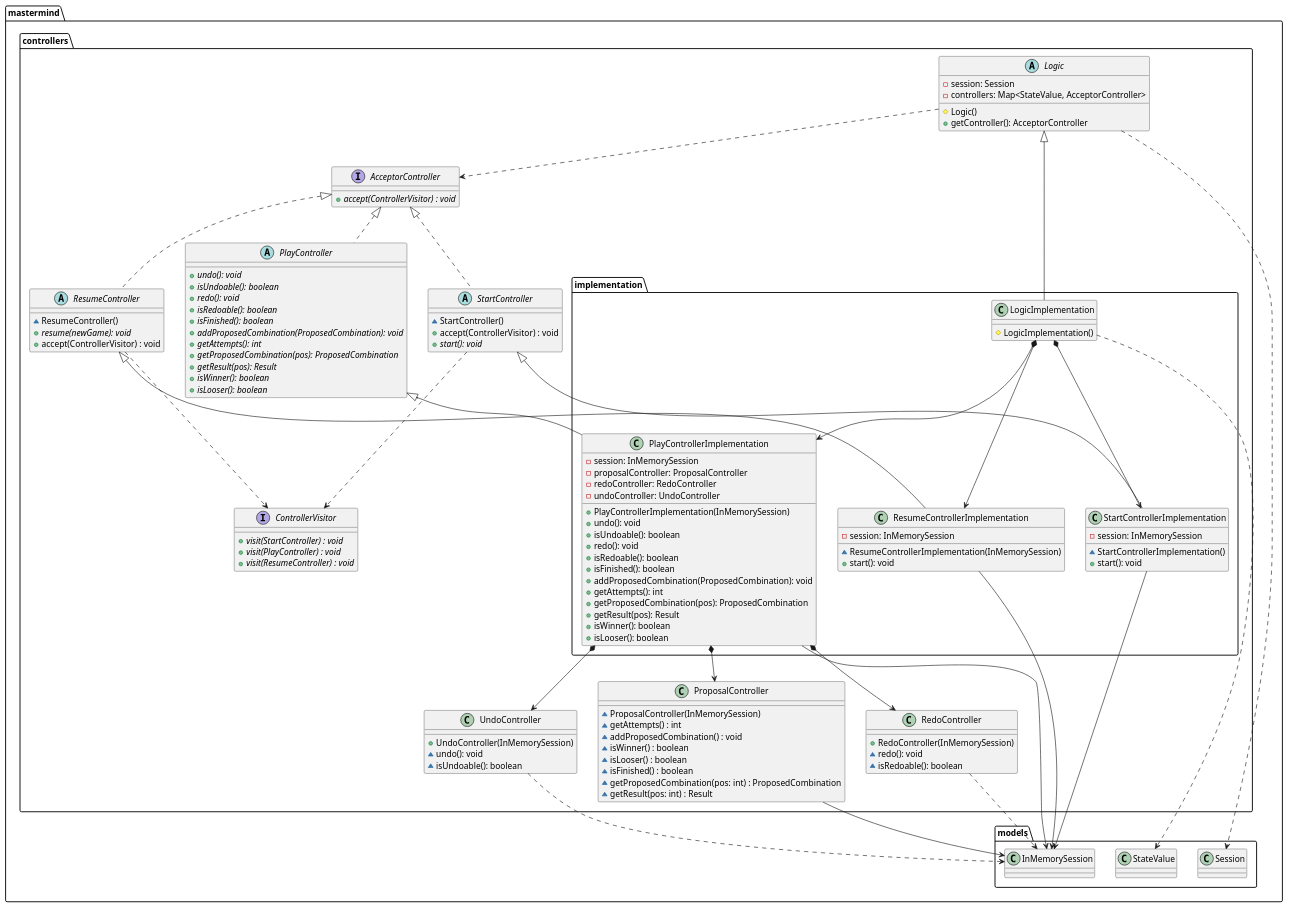
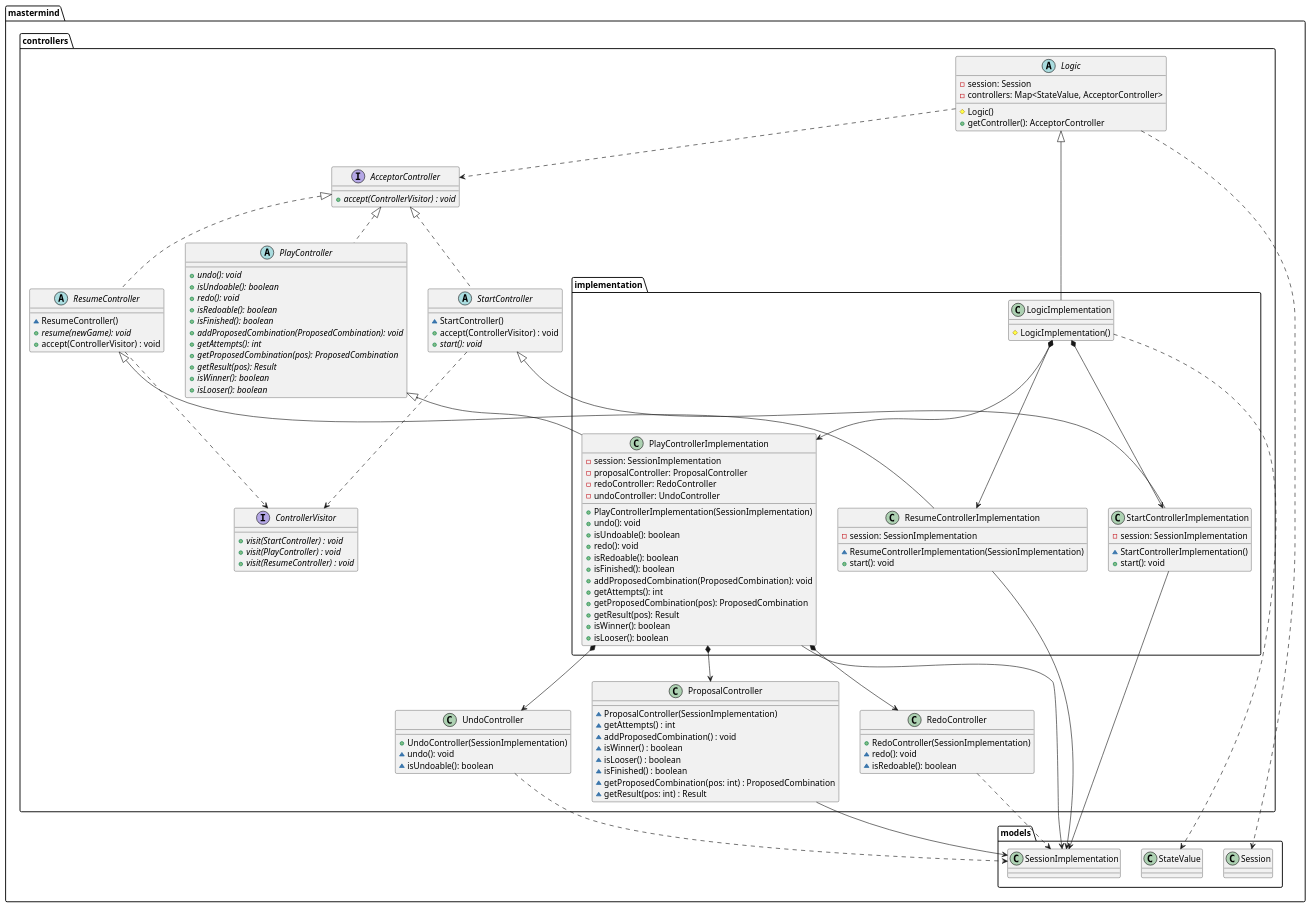
The diagram in docs/mastermind.controllers.puml (juanaviladev/dcs-mastermind), drawn with PlantUML before and after one commit. The commit also changed 12 other files, not shown here.

Commit message:
Update diagrams

```diff
--- a/docs/mastermind.controllers.puml
+++ b/docs/mastermind.controllers.puml
@@ -1,129 +1,129 @@
 @startuml
 
 top to bottom direction
 
 interface mastermind.controllers.AcceptorController {
     + {abstract} accept(ControllerVisitor) : void
 }
 interface mastermind.controllers.ControllerVisitor {
      + {abstract} visit(StartController) : void
      + {abstract} visit(PlayController) : void
      + {abstract} visit(ResumeController) : void
 }
 
 class mastermind.controllers.RedoController {
-    + RedoController(InMemorySession)
+    + RedoController(SessionImplementation)
     ~ redo(): void
     ~ isRedoable(): boolean
 }
-mastermind.controllers.RedoController ..> mastermind.models.InMemorySession
+mastermind.controllers.RedoController ..> mastermind.models.SessionImplementation
 
 class mastermind.controllers.UndoController {
-    + UndoController(InMemorySession)
+    + UndoController(SessionImplementation)
     ~ undo(): void
     ~ isUndoable(): boolean
 }
-mastermind.controllers.UndoController ..> mastermind.models.InMemorySession
+mastermind.controllers.UndoController ..> mastermind.models.SessionImplementation
 
 class mastermind.controllers.ProposalController {
-    ~ ProposalController(InMemorySession)
+    ~ ProposalController(SessionImplementation)
     ~ getAttempts() : int
     ~ addProposedCombination() : void
     ~ isWinner() : boolean
     ~ isLooser() : boolean
     ~ isFinished() : boolean
     ~ getProposedCombination(pos: int) : ProposedCombination
     ~ getResult(pos: int) : Result
 }
-mastermind.controllers.ProposalController --> mastermind.models.InMemorySession
+mastermind.controllers.ProposalController --> mastermind.models.SessionImplementation
 
 abstract class mastermind.controllers.PlayController {
     + {abstract} undo(): void
     + {abstract} isUndoable(): boolean
     + {abstract} redo(): void
     + {abstract} isRedoable(): boolean
     + {abstract} isFinished(): boolean
     + {abstract} addProposedCombination(ProposedCombination): void
     + {abstract} getAttempts(): int
     + {abstract} getProposedCombination(pos): ProposedCombination
     + {abstract} getResult(pos): Result
     + {abstract} isWinner(): boolean
     + {abstract} isLooser(): boolean
 }
 mastermind.controllers.AcceptorController <|.. mastermind.controllers.PlayController
 
 class mastermind.controllers.implementation.PlayControllerImplementation {
-    - session: InMemorySession
+    - session: SessionImplementation
     - proposalController: ProposalController
     - redoController: RedoController
     - undoController: UndoController
-    + PlayControllerImplementation(InMemorySession)
+    + PlayControllerImplementation(SessionImplementation)
     + undo(): void
     + isUndoable(): boolean
     + redo(): void
     + isRedoable(): boolean
     + isFinished(): boolean
     + addProposedCombination(ProposedCombination): void
     + getAttempts(): int
     + getProposedCombination(pos): ProposedCombination
     + getResult(pos): Result
     + isWinner(): boolean
     + isLooser(): boolean
 }
 mastermind.controllers.PlayController <|-- mastermind.controllers.implementation.PlayControllerImplementation
-mastermind.controllers.implementation.PlayControllerImplementation --> mastermind.models.InMemorySession
+mastermind.controllers.implementation.PlayControllerImplementation --> mastermind.models.SessionImplementation
 mastermind.controllers.implementation.PlayControllerImplementation *--> mastermind.controllers.ProposalController
 mastermind.controllers.implementation.PlayControllerImplementation *--> mastermind.controllers.UndoController
 mastermind.controllers.implementation.PlayControllerImplementation *--> mastermind.controllers.RedoController
 
 abstract class mastermind.controllers.ResumeController {
    ~ ResumeController()
    + {abstract} resume(newGame): void
    + accept(ControllerVisitor) : void
 }
 mastermind.controllers.AcceptorController <|.. mastermind.controllers.ResumeController
 mastermind.controllers.ResumeController ..> mastermind.controllers.ControllerVisitor
 
 class mastermind.controllers.implementation.ResumeControllerImplementation {
-    - session: InMemorySession
-    ~ ResumeControllerImplementation(InMemorySession)
+    - session: SessionImplementation
+    ~ ResumeControllerImplementation(SessionImplementation)
     + start(): void
  }
 mastermind.controllers.ResumeController <|-- mastermind.controllers.implementation.ResumeControllerImplementation
-mastermind.controllers.implementation.ResumeControllerImplementation ---> mastermind.models.InMemorySession
+mastermind.controllers.implementation.ResumeControllerImplementation ---> mastermind.models.SessionImplementation
 
 abstract class mastermind.controllers.StartController {
    ~ StartController()
    + accept(ControllerVisitor) : void
    + {abstract} start(): void
 }
 mastermind.controllers.AcceptorController <|.. mastermind.controllers.StartController
 mastermind.controllers.StartController ..> mastermind.controllers.ControllerVisitor
 
 class mastermind.controllers.implementation.StartControllerImplementation {
-    - session: InMemorySession
+    - session: SessionImplementation
    ~ StartControllerImplementation()
    + start(): void
 }
 mastermind.controllers.StartController <|-- mastermind.controllers.implementation.StartControllerImplementation
-mastermind.controllers.implementation.StartControllerImplementation --> mastermind.models.InMemorySession
+mastermind.controllers.implementation.StartControllerImplementation --> mastermind.models.SessionImplementation
 
 abstract class mastermind.controllers.Logic {
     - session: Session
     - controllers: Map<StateValue, AcceptorController>
     # Logic()
     + getController(): AcceptorController
 }
 mastermind.controllers.Logic ..> mastermind.controllers.AcceptorController
 mastermind.controllers.Logic ..> mastermind.models.Session
 
 class mastermind.controllers.implementation.LogicImplementation {
     # LogicImplementation()
 }
 mastermind.controllers.Logic <|-- mastermind.controllers.implementation.LogicImplementation
 mastermind.controllers.implementation.LogicImplementation *--> mastermind.controllers.implementation.PlayControllerImplementation
 mastermind.controllers.implementation.LogicImplementation *--> mastermind.controllers.implementation.StartControllerImplementation
 mastermind.controllers.implementation.LogicImplementation *--> mastermind.controllers.implementation.ResumeControllerImplementation
 mastermind.controllers.implementation.LogicImplementation ..> mastermind.models.StateValue
 
 @enduml
```
